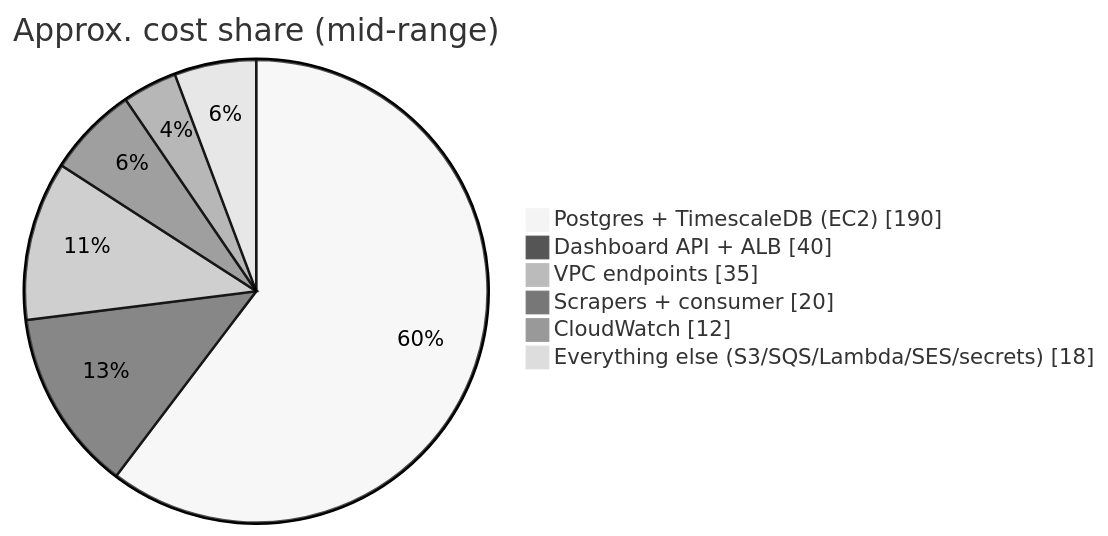
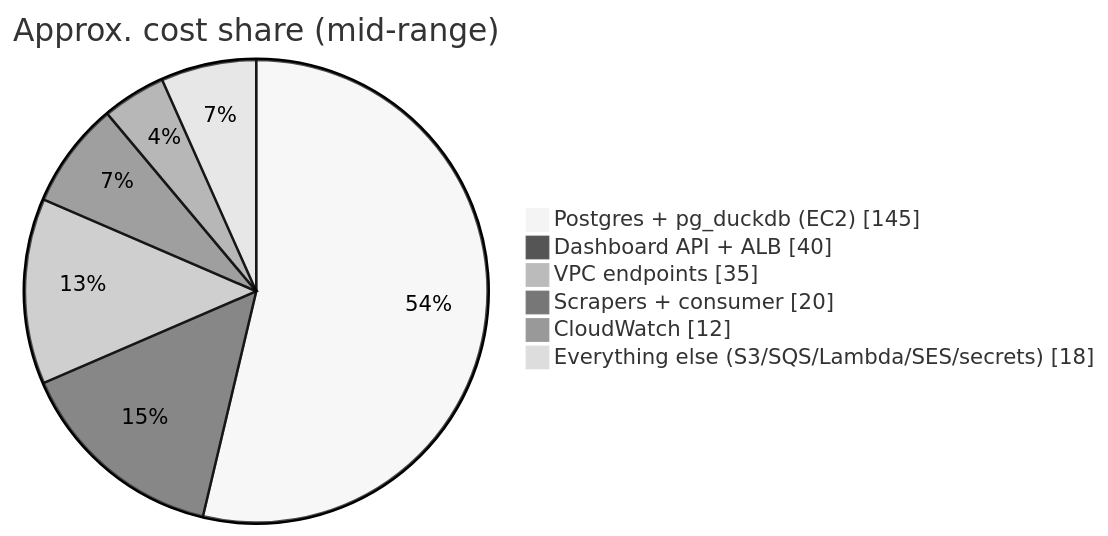
The fifth of 6 diagrams in architecture.md (MagenticIn/MLS-Revamp), drawn with Mermaid (neutral theme) before and after one commit. The commit also changed other lines of this file, not shown here.

First line of the commit message:
Rewrite around pg_duckdb hot/cold lakehouse

````diff
--- a/architecture.md
+++ b/architecture.md
@@ -229,9 +236,9 @@
 ```mermaid
 pie showData title Approx. cost share (mid-range)
-    "Postgres + TimescaleDB (EC2)" : 190
+    "Postgres + pg_duckdb (EC2)" : 145
     "Dashboard API + ALB" : 40
     "VPC endpoints" : 35
     "Scrapers + consumer" : 20
     "CloudWatch" : 12
     "Everything else (S3/SQS/Lambda/SES/secrets)" : 18
 ```
````
